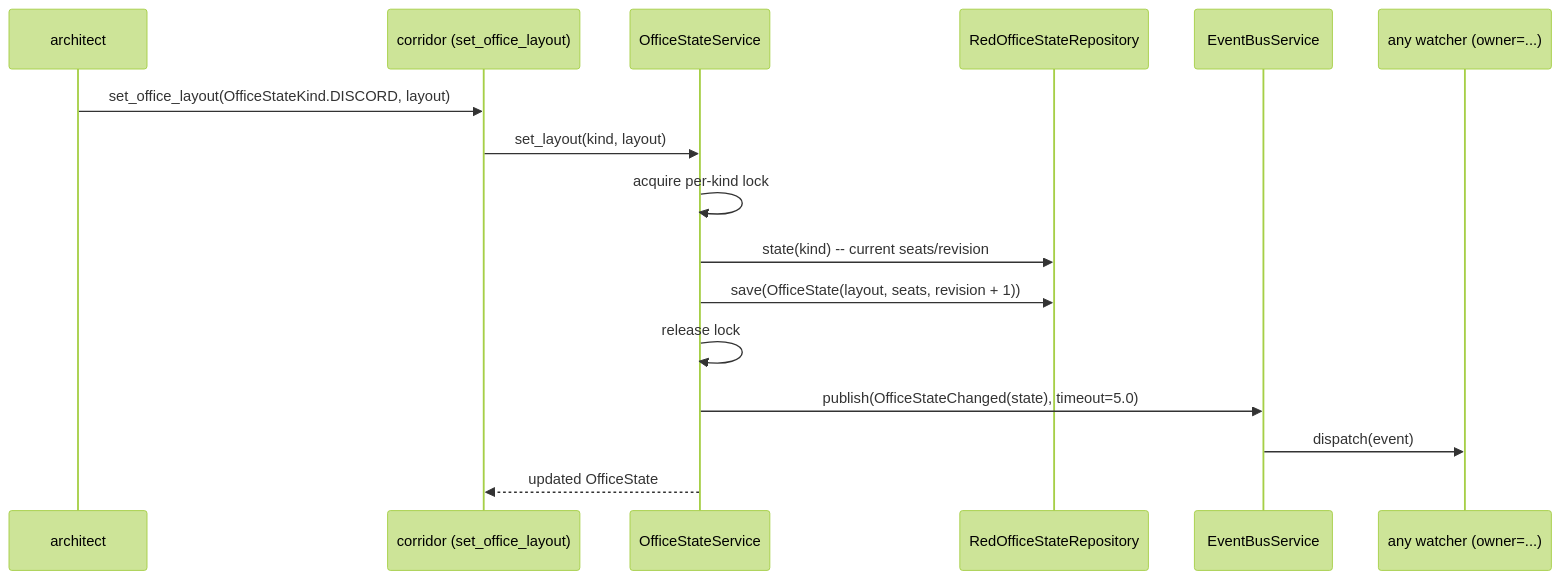
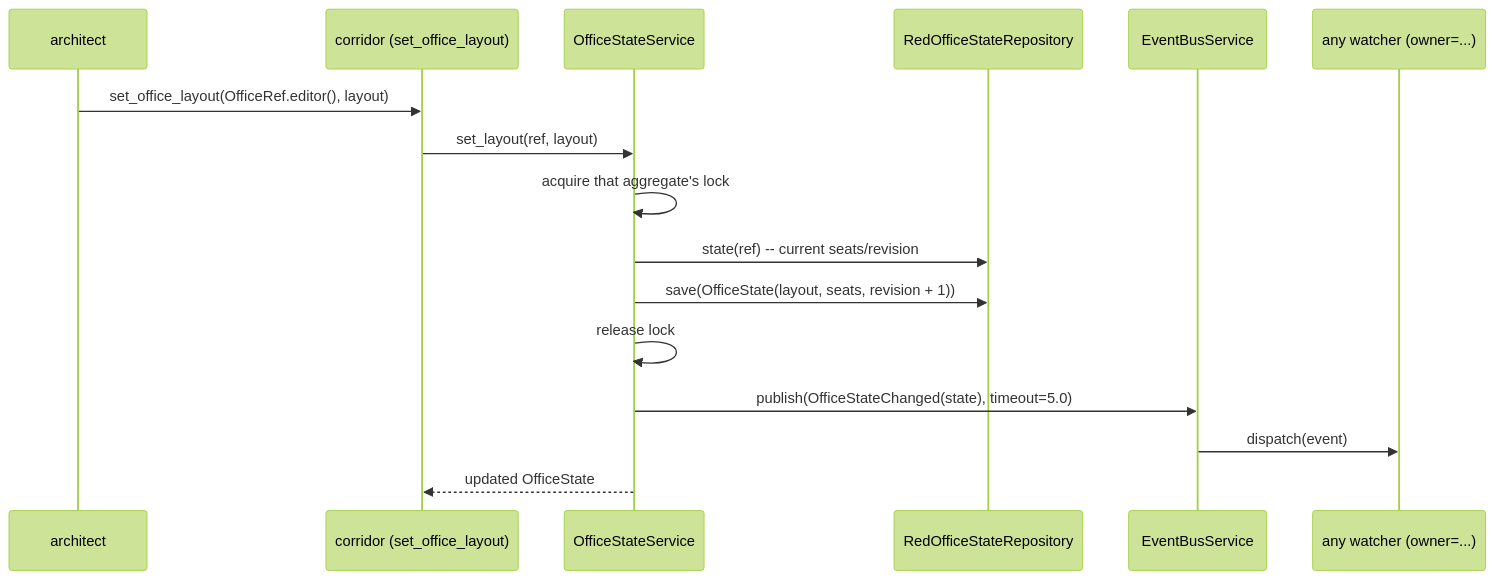
Before and after one commit to pixel-agents-hq/pixel-agents-cogs: the eighth of 8 diagrams in docs/corridor.md, drawn with Mermaid (forest theme). The commit also changed other lines of this file and 74 other files, not shown here.

First line of the commit message:
feat(cctv,corridor,pixelagents,floorplan): one Pixel Agents office per Discord server (#107)

````diff
--- a/docs/corridor.md
+++ b/docs/corridor.md
@@ -424,19 +425,19 @@
 ```mermaid
 sequenceDiagram
     participant Arch as architect
     participant Cor as corridor (set_office_layout)
     participant Svc as OfficeStateService
     participant Repo as RedOfficeStateRepository
     participant Bus as EventBusService
     participant Sub as any watcher (owner=...)
 
-    Arch->>Cor: set_office_layout(OfficeStateKind.DISCORD, layout)
-    Cor->>Svc: set_layout(kind, layout)
-    Svc->>Svc: acquire per-kind lock
-    Svc->>Repo: state(kind) -- current seats/revision
+    Arch->>Cor: set_office_layout(OfficeRef.editor(), layout)
+    Cor->>Svc: set_layout(ref, layout)
+    Svc->>Svc: acquire that aggregate's lock
+    Svc->>Repo: state(ref) -- current seats/revision
     Svc->>Repo: save(OfficeState(layout, seats, revision + 1))
     Svc->>Svc: release lock
     Svc->>Bus: publish(OfficeStateChanged(state), timeout=5.0)
     Bus->>Sub: dispatch(event)
     Svc-->>Cor: updated OfficeState
 ```
````
